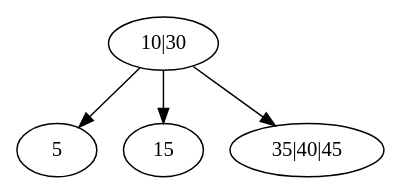
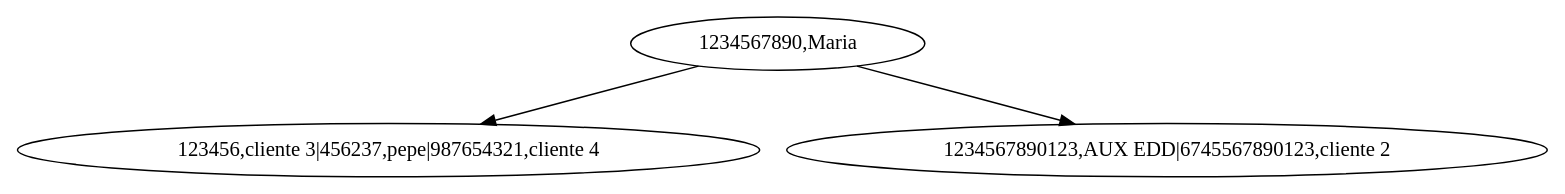
One commit to Serrano18/EDD_PROYECTO_202201989 changed the diagram in fase/btree.dot. Above: the diagram before and after it, drawn with Graphviz. The commit also changed 18 other files, not shown here.

```diff
--- a/fase/btree.dot
+++ b/fase/btree.dot
@@ -1,1 +1,1 @@
-digraph G {node1 [label="10|30"];node1 -> node2;node2 [label="5"];node1 -> node3;node3 [label="15"];node1 -> node4;node4 [label="35|40|45"];}
+digraph G {node8 [label="1234567890,Maria"];node8 -> node9;node9 [label="123456,cliente 3|456237,pepe|987654321,cliente 4"];node8 -> node10;node10 [label="1234567890123,AUX EDD|6745567890123,cliente 2"];}
```
